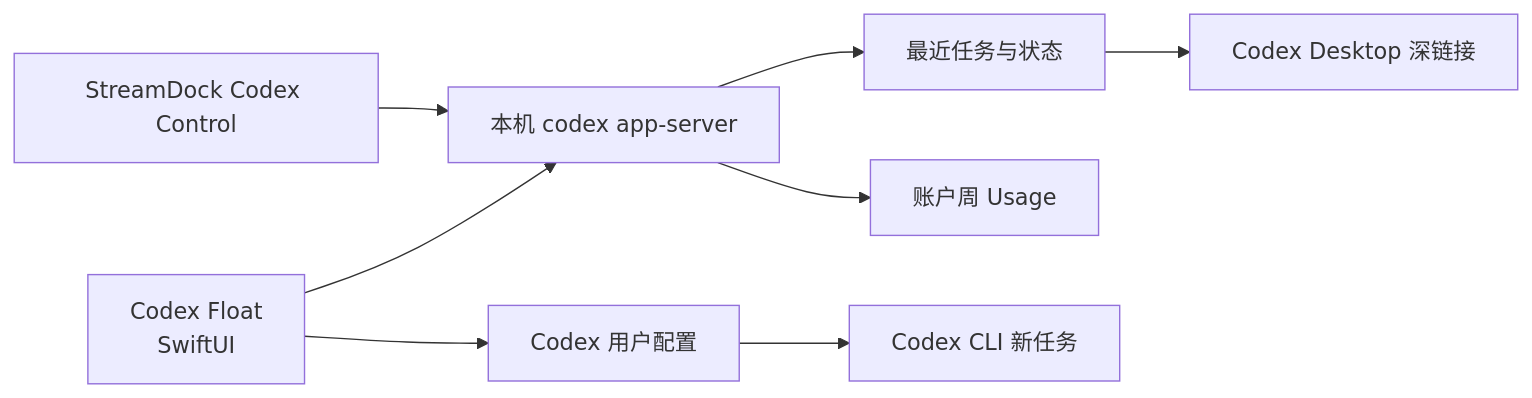
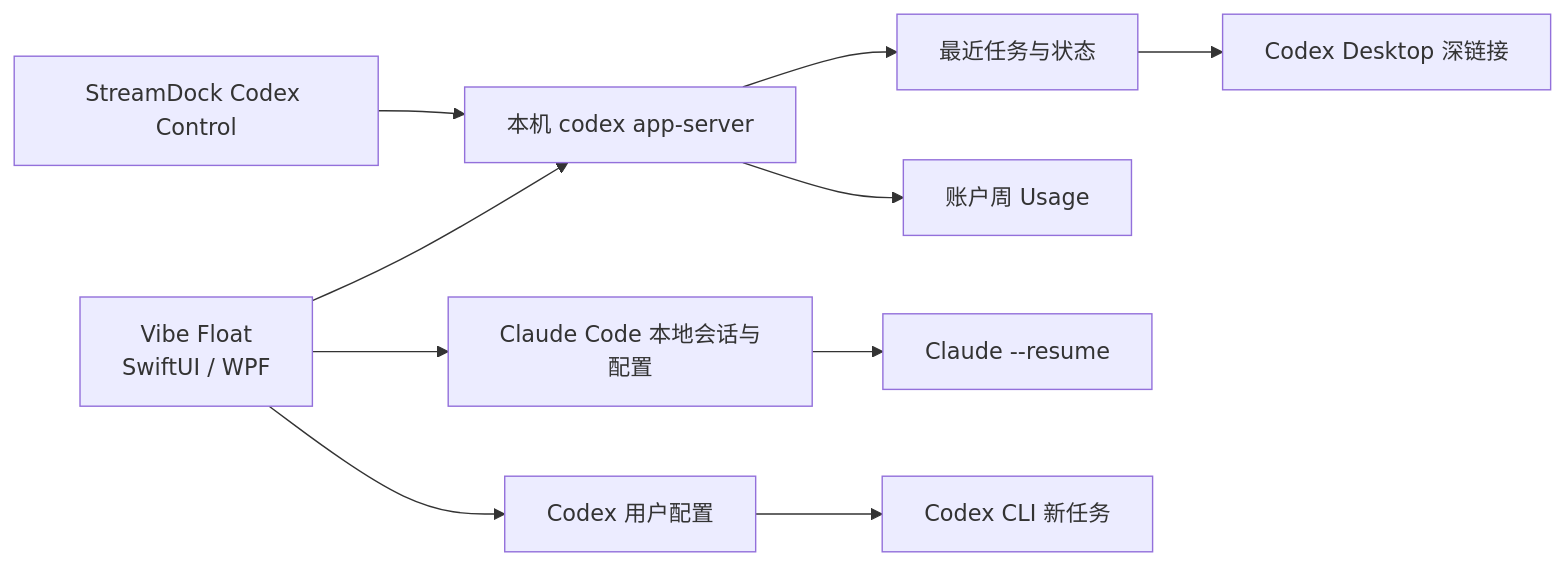
The diagram in README.md (saheru/vibe-float), drawn with Mermaid before and after one commit. The commit also changed other lines of this file and 26 other files, not shown here.

Commit message:
feat: evolve Codex Float into modular Vibe Float with Claude support

````diff
--- a/README.md
+++ b/README.md
@@ -83,10 +99,12 @@
 ```mermaid
 flowchart LR
-    Float["Codex Float<br/>SwiftUI"] --> AS["本机 codex app-server"]
+    Float["Vibe Float<br/>SwiftUI / WPF"] --> AS["本机 codex app-server"]
+    Float --> Claude["Claude Code 本地会话与配置"]
     AS --> Threads["最近任务与状态"]
     AS --> Limits["账户周 Usage"]
     Float --> Config["Codex 用户配置"]
     Config --> CLI["Codex CLI 新任务"]
     Threads --> Desktop["Codex Desktop 深链接"]
+    Claude --> Resume["Claude --resume"]
     Dock["StreamDock Codex Control"] --> AS
 ```
````
